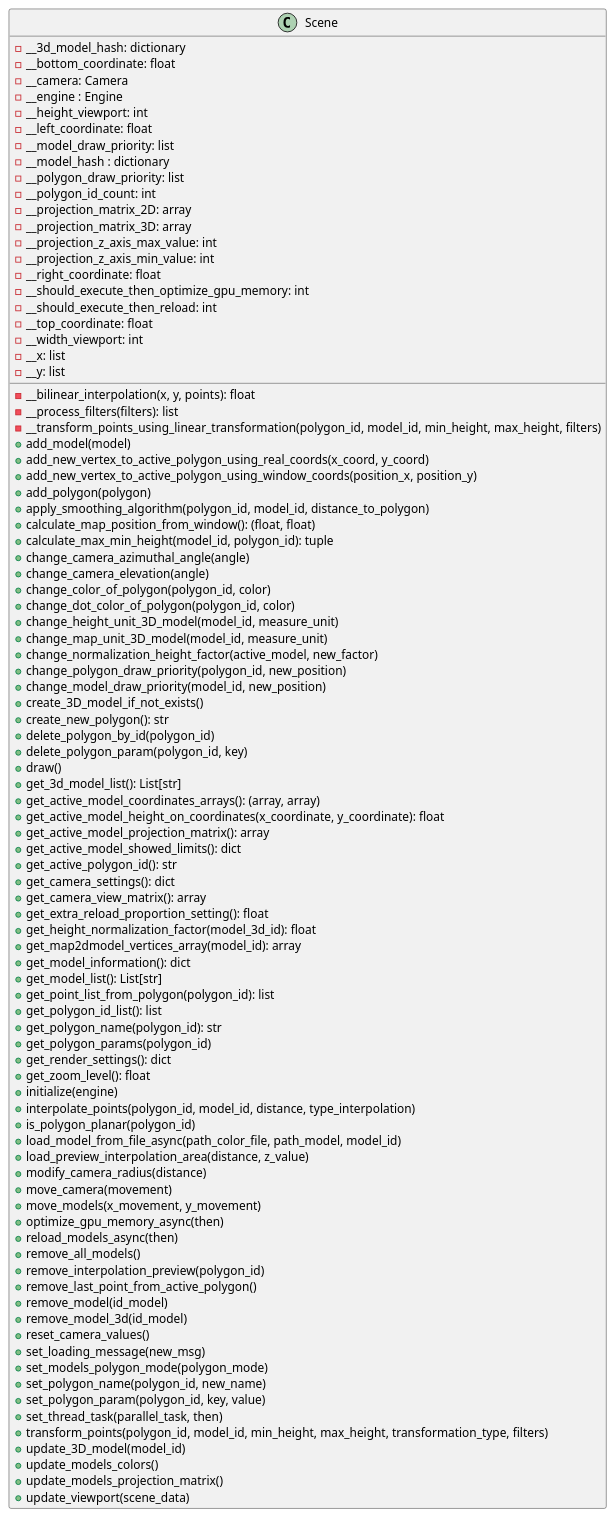
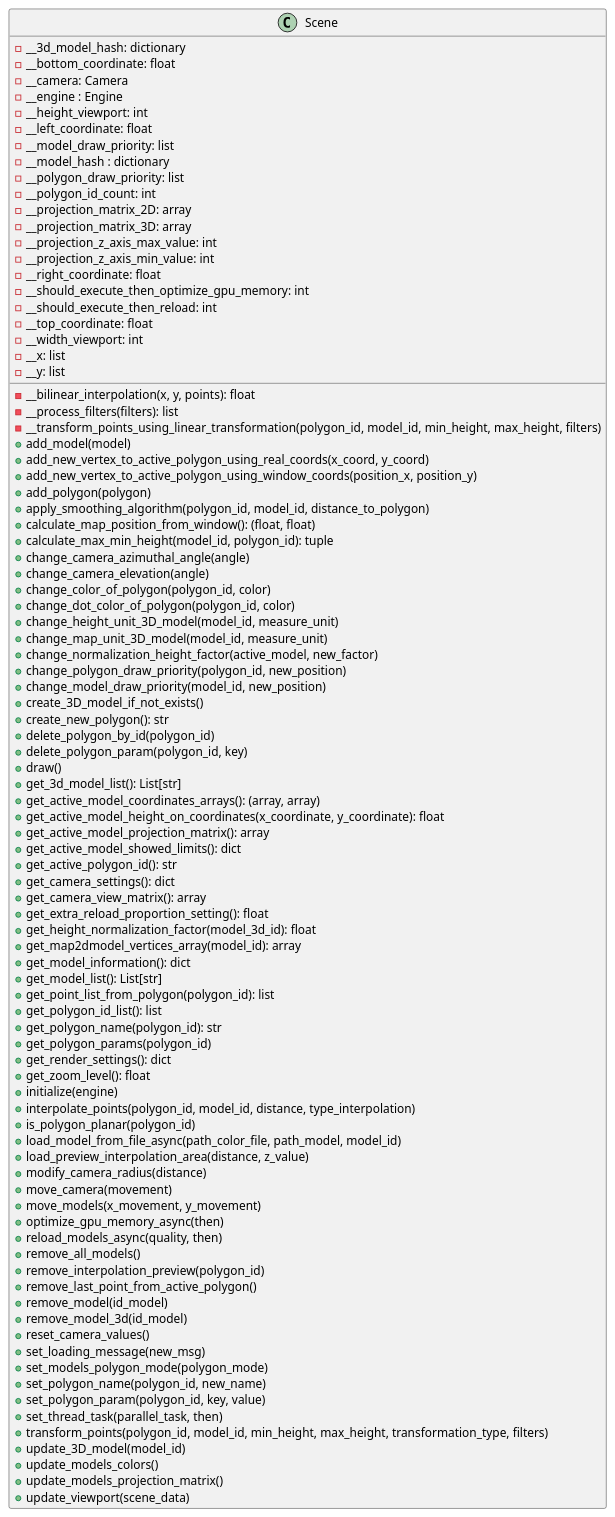
The diagram in docs/classes/Scene.puml (ferpoble2/Relief_Creator), drawn with PlantUML before and after one commit. The commit also changed 2 other files, not shown here.

```diff
--- a/docs/classes/Scene.puml
+++ b/docs/classes/Scene.puml
@@ -1,95 +1,95 @@
 @startuml
             class Scene{
                 - __bilinear_interpolation(x, y, points): float
                 - __process_filters(filters): list
                 - __transform_points_using_linear_transformation(polygon_id, model_id, min_height, max_height, filters)
                 + add_model(model)
                 + add_new_vertex_to_active_polygon_using_real_coords(x_coord, y_coord)
                 + add_new_vertex_to_active_polygon_using_window_coords(position_x, position_y)
                 + add_polygon(polygon)
                 + apply_smoothing_algorithm(polygon_id, model_id, distance_to_polygon)
                 + calculate_map_position_from_window(): (float, float)
                 + calculate_max_min_height(model_id, polygon_id): tuple
                 + change_camera_azimuthal_angle(angle)
                 + change_camera_elevation(angle)
                 + change_color_of_polygon(polygon_id, color)
                 + change_dot_color_of_polygon(polygon_id, color)
                 + change_height_unit_3D_model(model_id, measure_unit)
                 + change_map_unit_3D_model(model_id, measure_unit)
                 + change_normalization_height_factor(active_model, new_factor)
                 + change_polygon_draw_priority(polygon_id, new_position)
                 + change_model_draw_priority(model_id, new_position)
                 + create_3D_model_if_not_exists()
                 + create_new_polygon(): str
                 + delete_polygon_by_id(polygon_id)
                 + delete_polygon_param(polygon_id, key)
                 + draw()
                 + get_3d_model_list(): List[str]
                 + get_active_model_coordinates_arrays(): (array, array)
                 + get_active_model_height_on_coordinates(x_coordinate, y_coordinate): float
                 + get_active_model_projection_matrix(): array
                 + get_active_model_showed_limits(): dict
                 + get_active_polygon_id(): str
                 + get_camera_settings(): dict
                 + get_camera_view_matrix(): array
                 + get_extra_reload_proportion_setting(): float
                 + get_height_normalization_factor(model_3d_id): float
                 + get_map2dmodel_vertices_array(model_id): array
                 + get_model_information(): dict
                 + get_model_list(): List[str]
                 + get_point_list_from_polygon(polygon_id): list
                 + get_polygon_id_list(): list
                 + get_polygon_name(polygon_id): str
                 + get_polygon_params(polygon_id)
                 + get_render_settings(): dict
                 + get_zoom_level(): float
                 + initialize(engine)
                 + interpolate_points(polygon_id, model_id, distance, type_interpolation)
                 + is_polygon_planar(polygon_id)
                 + load_model_from_file_async(path_color_file, path_model, model_id)
                 + load_preview_interpolation_area(distance, z_value)
                 + modify_camera_radius(distance)
                 + move_camera(movement)
                 + move_models(x_movement, y_movement)
                 + optimize_gpu_memory_async(then)
-                + reload_models_async(then)
+                + reload_models_async(quality, then)
                 + remove_all_models()
                 + remove_interpolation_preview(polygon_id)
                 + remove_last_point_from_active_polygon()
                 + remove_model(id_model)
                 + remove_model_3d(id_model)
                 + reset_camera_values()
                 + set_loading_message(new_msg)
                 + set_models_polygon_mode(polygon_mode)
                 + set_polygon_name(polygon_id, new_name)
                 + set_polygon_param(polygon_id, key, value)
                 + set_thread_task(parallel_task, then)
                 + transform_points(polygon_id, model_id, min_height, max_height, transformation_type, filters)
                 + update_3D_model(model_id)
                 + update_models_colors()
                 + update_models_projection_matrix()
                 + update_viewport(scene_data)
 
                 - __3d_model_hash: dictionary
                 - __bottom_coordinate: float
                 - __camera: Camera
                 - __engine : Engine
                 - __height_viewport: int
                 - __left_coordinate: float
                 - __model_draw_priority: list
                 - __model_hash : dictionary
                 - __polygon_draw_priority: list
                 - __polygon_id_count: int
                 - __projection_matrix_2D: array
                 - __projection_matrix_3D: array
                 - __projection_z_axis_max_value: int
                 - __projection_z_axis_min_value: int
                 - __right_coordinate: float
                 - __should_execute_then_optimize_gpu_memory: int
                 - __should_execute_then_reload: int
                 - __top_coordinate: float
                 - __width_viewport: int
                 - __x: list
                 - __y: list
             }
 @enduml
```
